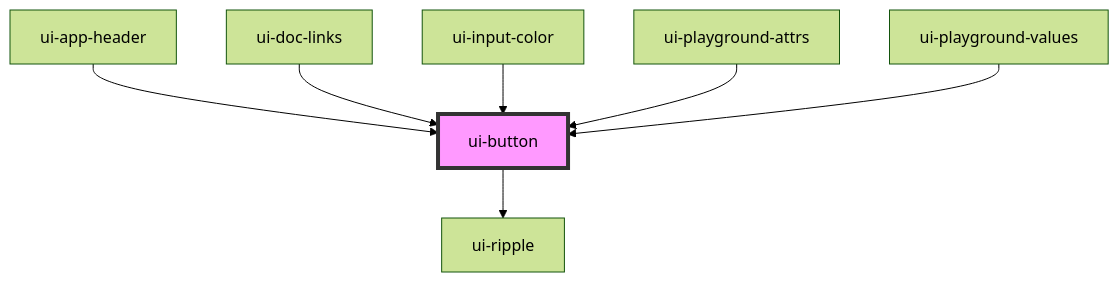
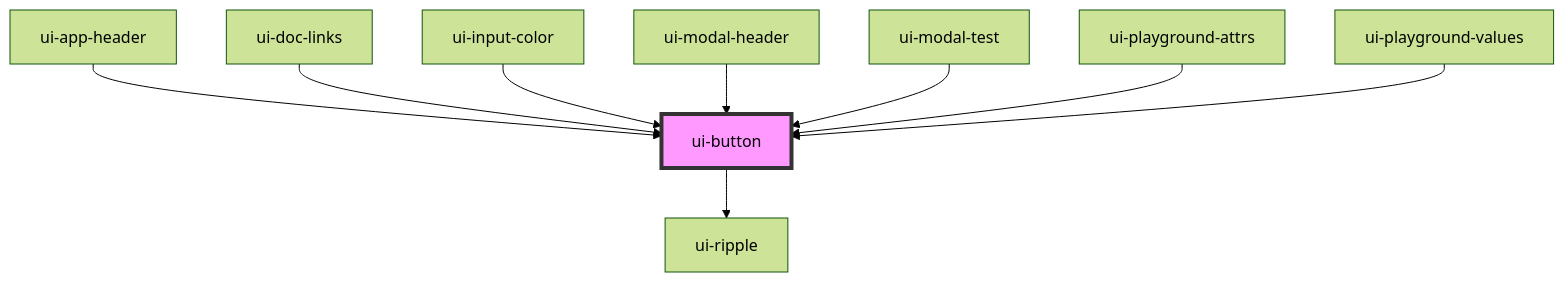
One commit to shahzad1970/psycho-ui changed the diagram in src/components/ui-button/readme.md. Above: the diagram before and after it, drawn with Mermaid (forest theme). The commit also changed other lines of this file and 112 other files, not shown here.

````diff
--- a/src/components/ui-button/readme.md
+++ b/src/components/ui-button/readme.md
@@ -43,10 +45,12 @@
 ```mermaid
 graph TD;
   ui-button --> ui-ripple
   ui-app-header --> ui-button
   ui-doc-links --> ui-button
   ui-input-color --> ui-button
+  ui-modal-header --> ui-button
+  ui-modal-test --> ui-button
   ui-playground-attrs --> ui-button
   ui-playground-values --> ui-button
   style ui-button fill:#f9f,stroke:#333,stroke-width:4px
 ```
````
